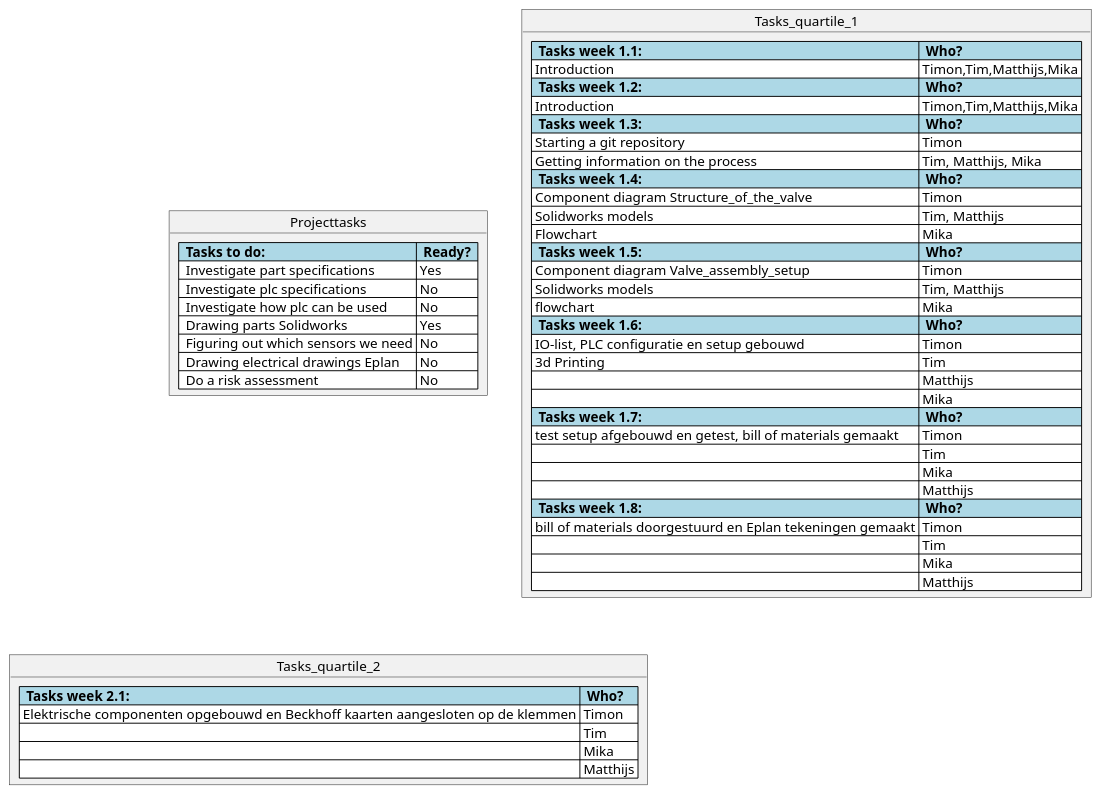
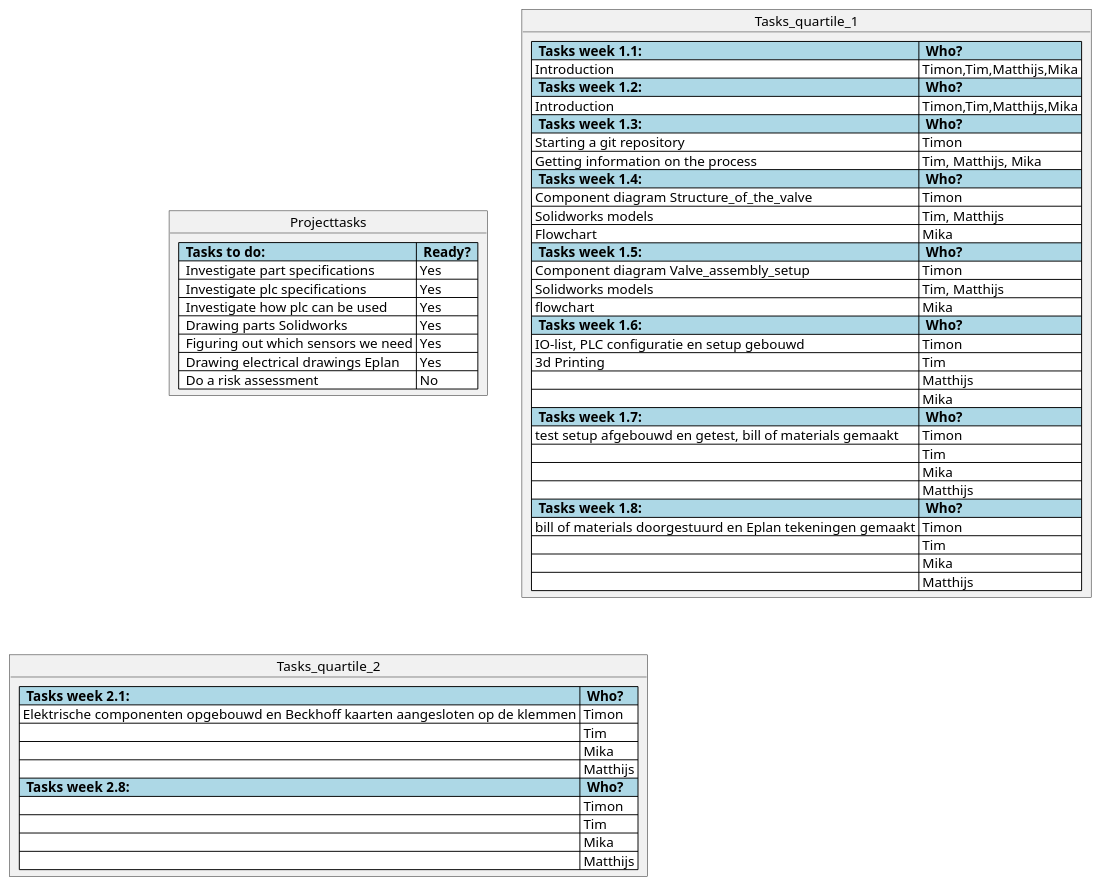
The diagram in src/Tasks.md (Timon14kraan/Project-Proces-and-Safety), drawn with PlantUML before and after one commit. The commit also changed 6 other files, not shown here.

Commit message:
Aanpasingen flowchart

````diff
--- a/src/Tasks.md
+++ b/src/Tasks.md
@@ -5,59 +5,64 @@
 ```plantuml
 @startuml
 
 object Projecttasks {
   <#lightblue,#black>|=  Tasks to do:  |=  Ready?  |
   <#white>|  Investigate part specifications | Yes | 
-  <#white>|  Investigate plc specifications | No |
-  <#white>|  Investigate how plc can be used  | No |
+  <#white>|  Investigate plc specifications | Yes |
+  <#white>|  Investigate how plc can be used  | Yes |
   <#white>|  Drawing parts Solidworks | Yes |
-  <#white>|  Figuring out which sensors we need | No |
-  <#white>|  Drawing electrical drawings Eplan | No |
+  <#white>|  Figuring out which sensors we need | Yes |
+  <#white>|  Drawing electrical drawings Eplan | Yes |
   <#white>|  Do a risk assessment | No |
 }
 
 object Tasks_quartile_1 {
   <#lightblue,#black>|=  Tasks week 1.1:  |=  Who?  |
   <#white>| Introduction | Timon,Tim,Matthijs,Mika |
   <#lightblue,#black>|=  Tasks week 1.2:  |=  Who?  |
   <#white>| Introduction | Timon,Tim,Matthijs,Mika |
   <#lightblue,#black>|=  Tasks week 1.3:  |=  Who?  |
   <#white>| Starting a git repository | Timon |
   <#white>| Getting information on the process | Tim, Matthijs, Mika |
   <#lightblue,#black>|=  Tasks week 1.4:  |=  Who?  |
   <#white>| Component diagram Structure_of_the_valve | Timon |
   <#white>| Solidworks models| Tim, Matthijs |
   <#white>| Flowchart| Mika |
   <#lightblue,#black>|=  Tasks week 1.5:  |=  Who?  |
   <#white>| Component diagram Valve_assembly_setup | Timon |
   <#white>| Solidworks models| Tim, Matthijs |
   <#white>| flowchart| Mika |
   <#lightblue,#black>|=  Tasks week 1.6:  |=  Who?  |
   <#white>| IO-list, PLC configuratie en setup gebouwd | Timon |
   <#white>| 3d Printing | Tim |
   <#white>| | Matthijs |
   <#white>|  | Mika |
   <#lightblue,#black>|=  Tasks week 1.7:  |=  Who?  |
   <#white>| test setup afgebouwd en getest, bill of materials gemaakt | Timon |
   <#white>|  | Tim |
   <#white>|  | Mika |
   <#white>|  | Matthijs |
   <#lightblue,#black>|=  Tasks week 1.8:  |=  Who?  |
   <#white>| bill of materials doorgestuurd en Eplan tekeningen gemaakt | Timon |
   <#white>|  | Tim |
   <#white>|  | Mika |
   <#white>|  | Matthijs |
 }
 
 
 object Tasks_quartile_2 {
   <#lightblue,#black>|=  Tasks week 2.1:  |=  Who?  |
   <#white>| Elektrische componenten opgebouwd en Beckhoff kaarten aangesloten op de klemmen | Timon |
   <#white>|  | Tim |
   <#white>|  | Mika |
   <#white>|  | Matthijs |
+    <#lightblue,#black>|=  Tasks week 2.8:  |=  Who?  |
+  <#white>|  | Timon |
+  <#white>|  | Tim |
+  <#white>|  | Mika |
+  <#white>|  | Matthijs |
 }
 
 
 @endulm
 ```
````
